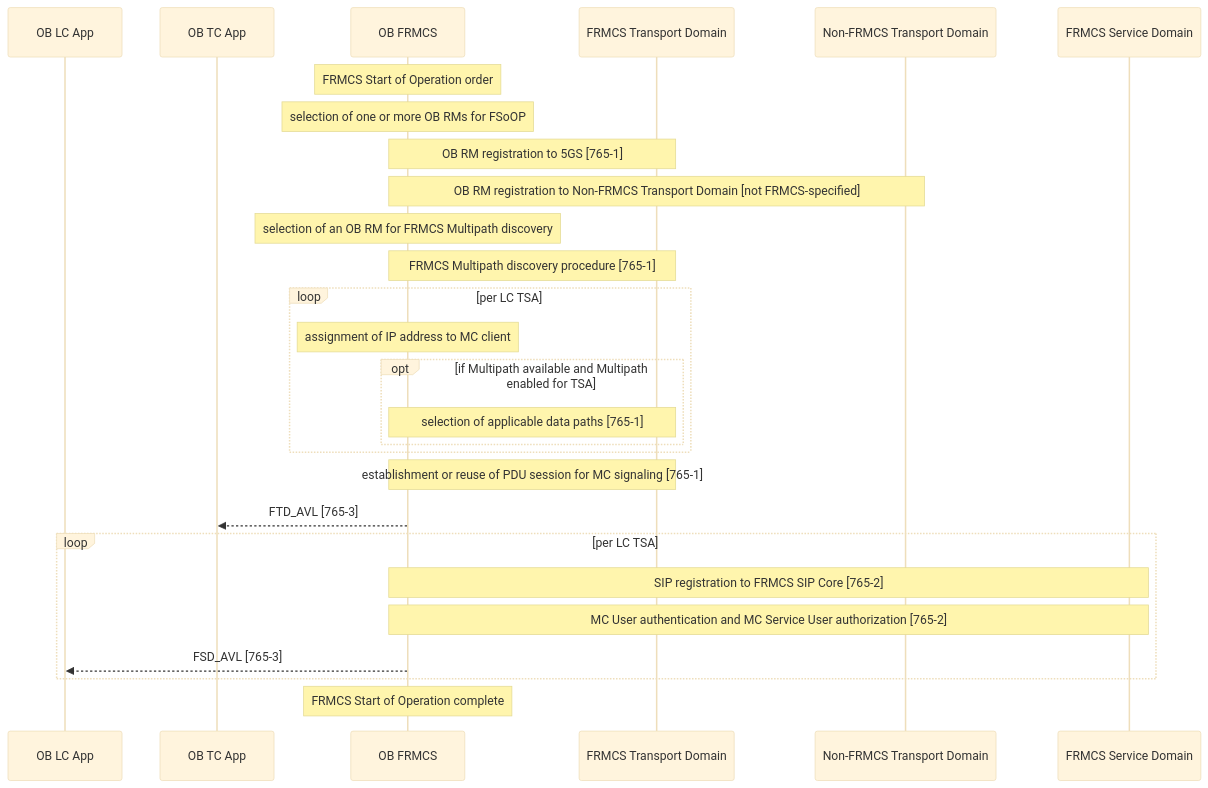
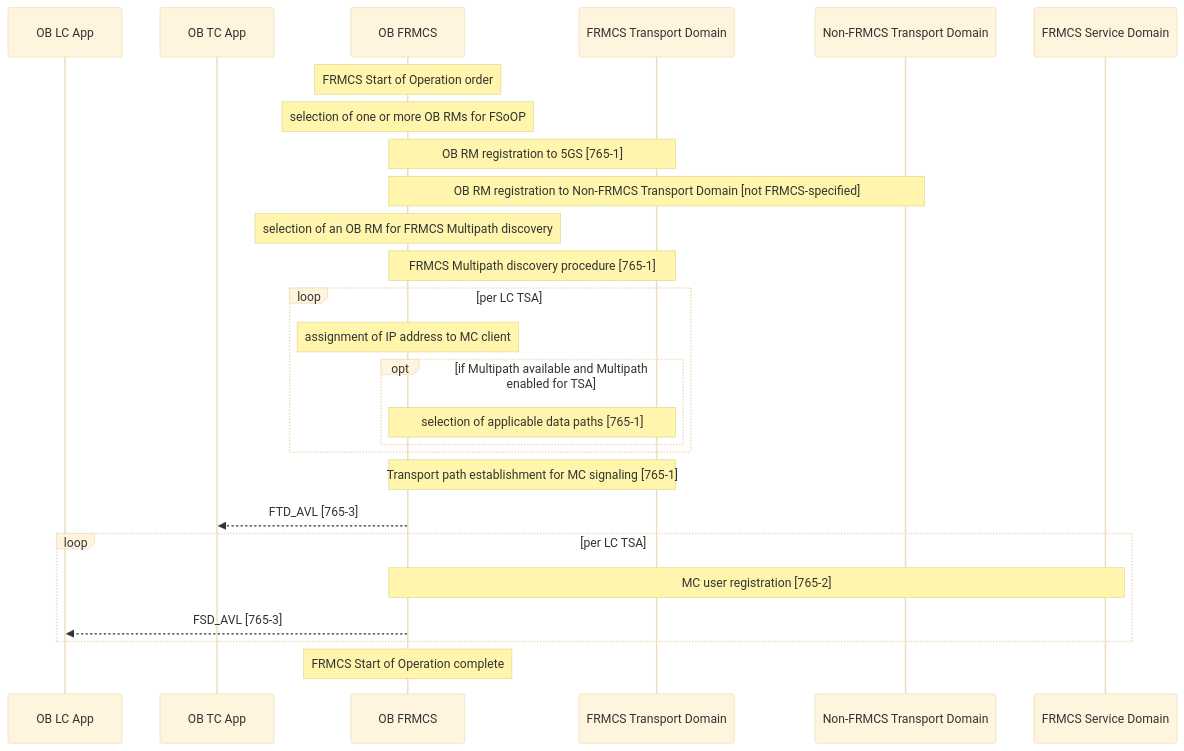
The first of 3 diagrams in E2EProcedures/README.md (UICrail/FRMCSSandbox), drawn with Mermaid (base theme) before and after one commit. The commit also changed other lines of this file, not shown here.

Commit message:
README.md - cleaned up FSOP / FCOP

````diff
--- a/E2EProcedures/README.md
+++ b/E2EProcedures/README.md
@@ -7,37 +7,36 @@
 ```mermaid
 
 sequenceDiagram
 participant AL as OB LC App
 participant AT as OB TC App
 participant O as OB FRMCS
 participant FTD as FRMCS Transport Domain
 participant NFTD as Non-FRMCS Transport Domain
 participant FSD as FRMCS Service Domain
 
 Note over O: FRMCS Start of Operation order
 
 Note over O: selection of one or more OB RMs for FSoOP
 Note over O, FTD: OB RM registration to 5GS [765-1]
 Note over O, NFTD: OB RM registration to Non-FRMCS Transport Domain [not FRMCS-specified]
 
 Note over O: selection of an OB RM for FRMCS Multipath discovery
 Note over O, FTD: FRMCS Multipath discovery procedure [765-1]
 
 loop per LC TSA
   Note over O: assignment of IP address to MC client
   opt if Multipath available and Multipath enabled for TSA
     Note over O, FTD: selection of applicable data paths [765-1]
   end
 end
 
-Note over O, FTD: establishment or reuse of PDU session for MC signaling [765-1]
+Note over O, FTD: Transport path establishment for MC signaling [765-1]
 O -->> AT:  FTD_AVL  [765-3]
 
 loop per LC TSA
-  Note over O, FSD: SIP registration to FRMCS SIP Core [765-2]
-  Note over O, FSD: MC User authentication and MC Service User authorization [765-2]
+  Note over O, FSD: MC user registration  [765-2]
   O -->> AL:  FSD_AVL [765-3]
 end
 
 Note over O: FRMCS Start of Operation complete
 ```
````
